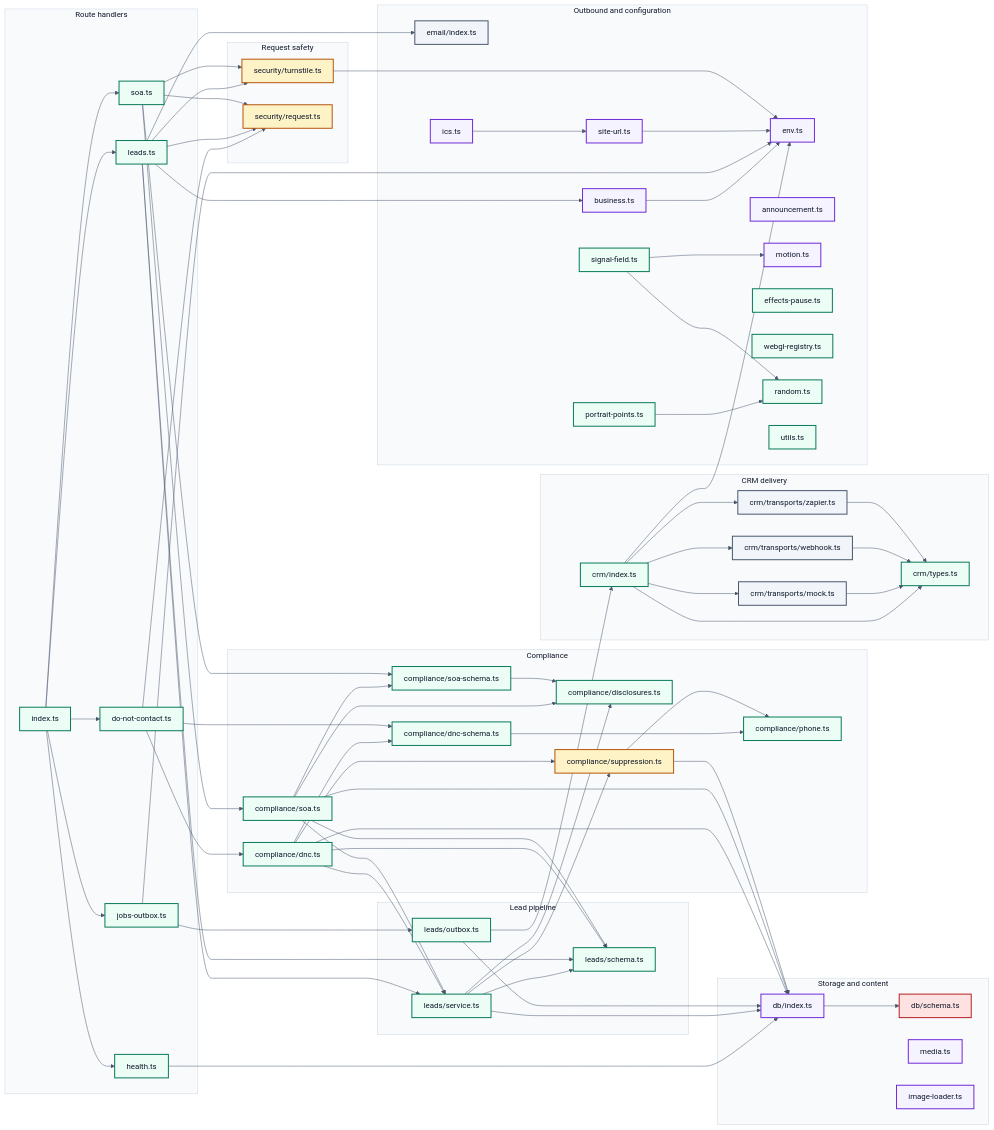
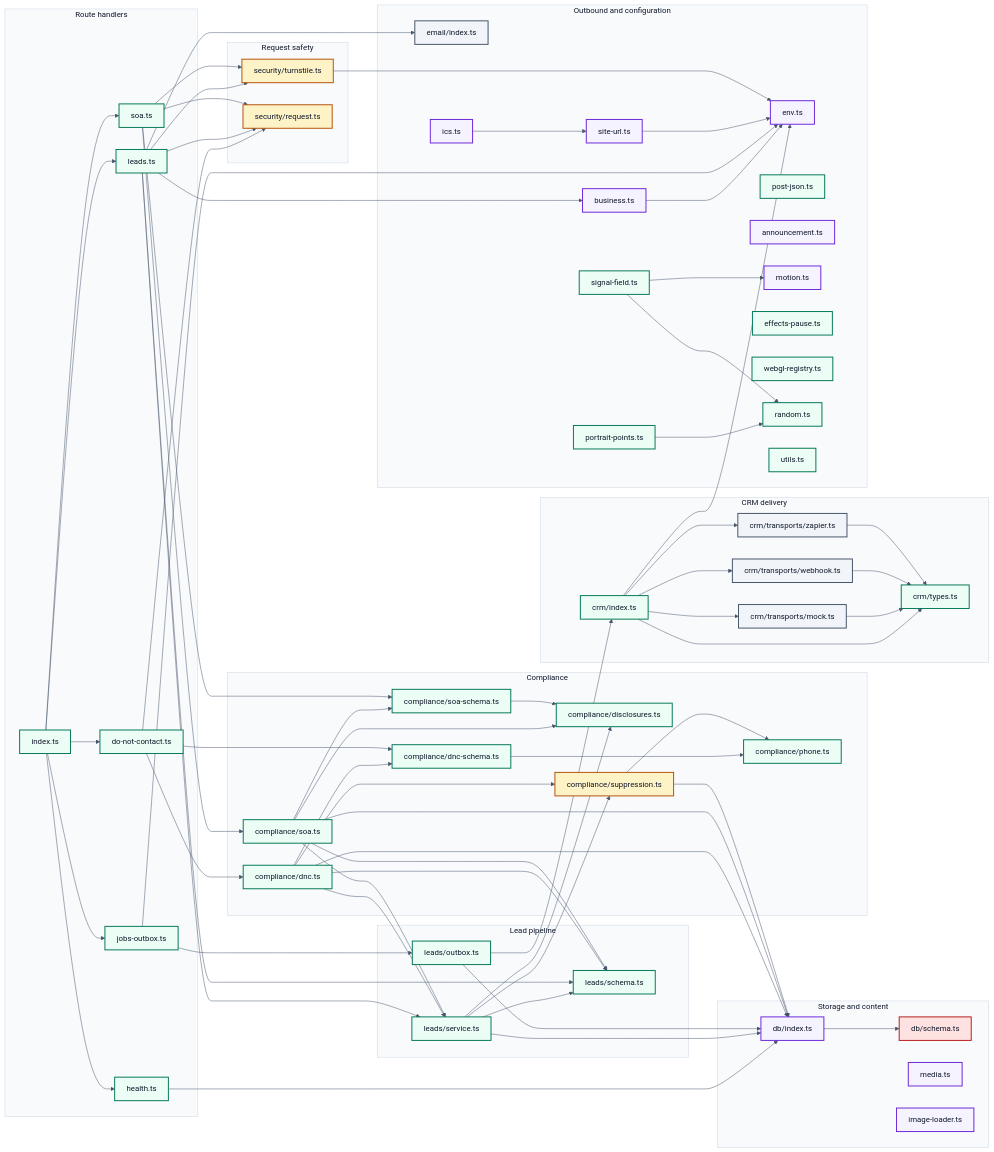
Before and after one commit to marc-mccarthy/legacy-benefits-mn: the diagram in docs/diagrams/D5-module-map.mmd, drawn with Mermaid. The commit also changed 109 other files, not shown here.

```diff
--- a/docs/diagrams/D5-module-map.mmd
+++ b/docs/diagrams/D5-module-map.mmd
@@ -1,146 +1,147 @@
 %%{init: {"theme":"base","themeVariables":{"fontFamily":"Helvetica Neue, Helvetica, Arial, sans-serif","fontSize":"16px","textColor":"#0F172A","background":"#FFFFFF","lineColor":"#475569","mainBkg":"#EFF6FF","nodeBorder":"#1D4ED8","primaryColor":"#EFF6FF","primaryBorderColor":"#1D4ED8","primaryTextColor":"#0F172A","secondaryColor":"#F1F5F9","secondaryBorderColor":"#475569","secondaryTextColor":"#0F172A","tertiaryColor":"#F8FAFC","tertiaryBorderColor":"#CBD5E1","tertiaryTextColor":"#0F172A","clusterBkg":"#F8FAFC","clusterBorder":"#CBD5E1","edgeLabelBackground":"#FFFFFF","actorBkg":"#EEF2FF","actorBorder":"#4338CA","actorTextColor":"#0F172A","signalColor":"#475569","signalTextColor":"#0F172A","noteBkgColor":"#FEF3C7","noteBorderColor":"#B45309","noteTextColor":"#0F172A","activationBkgColor":"#ECFDF5","activationBorderColor":"#047857","labelBoxBkgColor":"#FEF3C7","labelBoxBorderColor":"#B45309","sequenceNumberColor":"#FFFFFF"},"flowchart":{"htmlLabels":false,"curve":"basis","nodeSpacing":45,"rankSpacing":60,"padding":12},"sequence":{"useMaxWidth":false,"htmlLabels":false,"mirrorActors":false,"wrap":true,"width":190}}}%%
 flowchart LR
 accTitle: Every server module this repository owns, and what each one imports
 accDescr {
   A left-to-right map of the server side of the application, derived from the imports in the
   code rather than drawn by hand, so it cannot describe a wiring that no longer exists. Each
   box is one module; each arrow is one module importing another. Route handlers sit on the
   left, since every request enters through one of them. The two modules that verify a request
   and the one that decides whether a person may be contacted are drawn as gates, because their
   job is to reject. The database schema is drawn as regulated data, because that is what it
   declares. Test files are excluded: a test importing a module says nothing about how the
-  application is wired. 40 modules and 57 imports are drawn.
+  application is wired. 41 modules and 57 imports are drawn.
 }
 
 subgraph Routehandlers ["Route handlers"]
   apiRouter["index.ts"]
   leadsRoute["leads.ts"]
   soaRoute["soa.ts"]
   dncRoute["do-not-contact.ts"]
   jobsRoute["jobs-outbox.ts"]
   healthRoute["health.ts"]
 end
 
 subgraph Requestsafety ["Request safety"]
   turnstile["security/turnstile.ts"]
   request["security/request.ts"]
 end
 
 subgraph Leadpipeline ["Lead pipeline"]
   leadService["leads/service.ts"]
   leadSchema["leads/schema.ts"]
   outbox["leads/outbox.ts"]
 end
 
 subgraph Compliance ["Compliance"]
   disclosures["compliance/disclosures.ts"]
   suppression["compliance/suppression.ts"]
   phone["compliance/phone.ts"]
   dnc["compliance/dnc.ts"]
   dncSchema["compliance/dnc-schema.ts"]
   soa["compliance/soa.ts"]
   soaSchema["compliance/soa-schema.ts"]
 end
 
 subgraph CRMdelivery ["CRM delivery"]
   crm["crm/index.ts"]
   crmTypes["crm/types.ts"]
   webhook["crm/transports/webhook.ts"]
   zapier["crm/transports/zapier.ts"]
   mock["crm/transports/mock.ts"]
 end
 
 subgraph Storageandcontent ["Storage and content"]
   db["db/index.ts"]
   dbSchema["db/schema.ts"]
   media["media.ts"]
   imageLoader["image-loader.ts"]
 end
 
 subgraph Outboundandconfiguration ["Outbound and configuration"]
   email["email/index.ts"]
   env["env.ts"]
   siteUrl["site-url.ts"]
+  postJson["post-json.ts"]
   ics["ics.ts"]
   business["business.ts"]
   announcement["announcement.ts"]
   motion["motion.ts"]
   effectsPause["effects-pause.ts"]
   webglRegistry["webgl-registry.ts"]
   portraitPoints["portrait-points.ts"]
   signalField["signal-field.ts"]
   random["random.ts"]
   utils["utils.ts"]
 end
 
 apiRouter --> dncRoute
 apiRouter --> healthRoute
 apiRouter --> jobsRoute
 apiRouter --> leadsRoute
 apiRouter --> soaRoute
 business --> env
 crm --> crmTypes
 crm --> env
 crm --> mock
 crm --> webhook
 crm --> zapier
 db --> dbSchema
 dnc --> db
 dnc --> dncSchema
 dnc --> leadSchema
 dnc --> leadService
 dnc --> suppression
 dncRoute --> dnc
 dncRoute --> dncSchema
 dncRoute --> request
 dncSchema --> phone
 healthRoute --> db
 ics --> siteUrl
 jobsRoute --> env
 jobsRoute --> outbox
 leadService --> db
 leadService --> disclosures
 leadService --> leadSchema
 leadService --> suppression
 leadsRoute --> business
 leadsRoute --> email
 leadsRoute --> leadSchema
 leadsRoute --> leadService
 leadsRoute --> request
 leadsRoute --> turnstile
 mock --> crmTypes
 outbox --> crm
 outbox --> db
 portraitPoints --> random
 signalField --> motion
 signalField --> random
 siteUrl --> env
 soa --> db
 soa --> disclosures
 soa --> leadSchema
 soa --> leadService
 soa --> soaSchema
 soaRoute --> request
 soaRoute --> soa
 soaRoute --> soaSchema
 soaRoute --> turnstile
 soaSchema --> disclosures
 suppression --> db
 suppression --> phone
 turnstile --> env
 webhook --> crmTypes
 zapier --> crmTypes
 
 classDef human    fill:#EEF2FF,stroke:#4338CA,stroke-width:2px,color:#0F172A
 classDef client   fill:#EFF6FF,stroke:#1D4ED8,stroke-width:2px,color:#0F172A
 classDef ours     fill:#ECFDF5,stroke:#047857,stroke-width:2px,color:#0F172A
 classDef guard    fill:#FEF3C7,stroke:#B45309,stroke-width:2px,color:#0F172A
 classDef vendor   fill:#F1F5F9,stroke:#475569,stroke-width:2px,color:#0F172A
 classDef phi      fill:#FEE2E2,stroke:#B91C1C,stroke-width:2px,color:#0F172A
 classDef artifact fill:#F5F3FF,stroke:#6D28D9,stroke-width:2px,color:#0F172A
 
-class apiRouter,leadsRoute,soaRoute,dncRoute,jobsRoute,healthRoute,leadService,leadSchema,outbox,disclosures,phone,dnc,dncSchema,soa,soaSchema,crm,crmTypes,effectsPause,webglRegistry,portraitPoints,signalField,random,utils ours
+class apiRouter,leadsRoute,soaRoute,dncRoute,jobsRoute,healthRoute,leadService,leadSchema,outbox,disclosures,phone,dnc,dncSchema,soa,soaSchema,crm,crmTypes,postJson,effectsPause,webglRegistry,portraitPoints,signalField,random,utils ours
 class turnstile,request,suppression guard
 class webhook,zapier,mock,email vendor
 class dbSchema phi
 class db,media,imageLoader,env,siteUrl,ics,business,announcement,motion artifact
```
